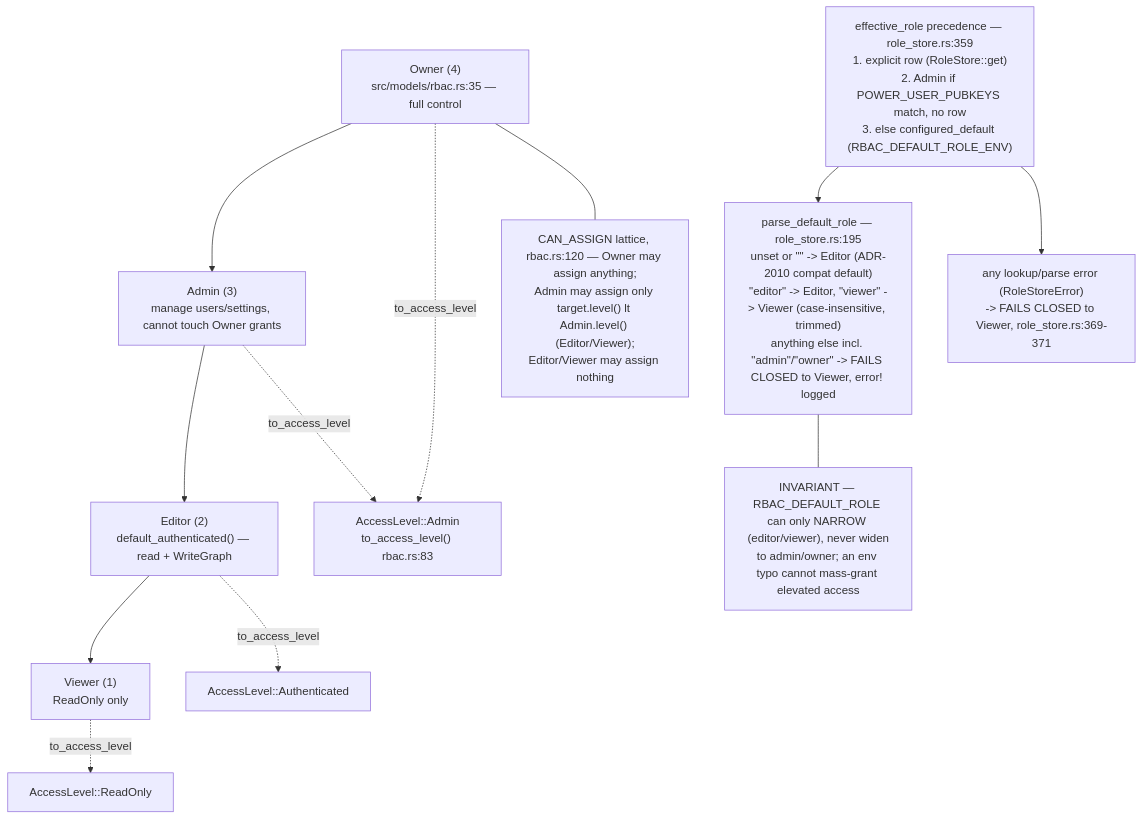
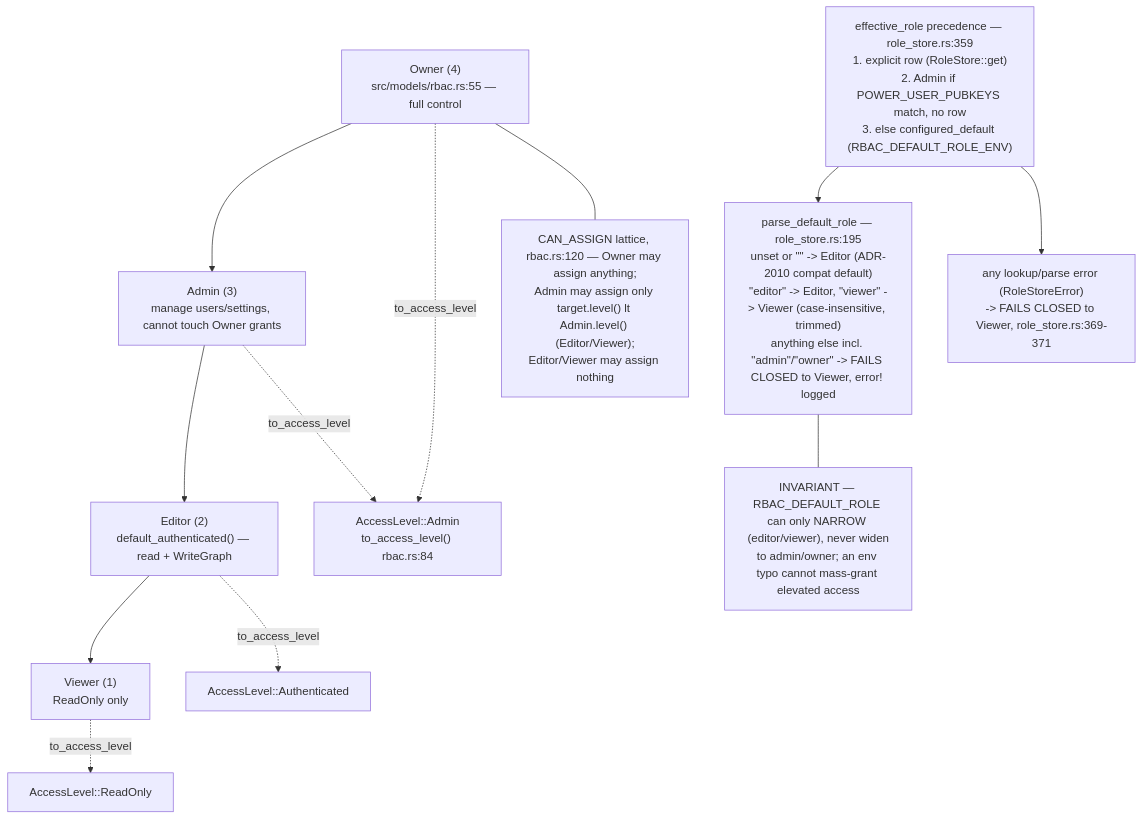
The seventh of 14 diagrams in docs/diagrams/visionclaw/03-request-lifecycle-and-rbac.md (DreamLab-AI/VisionFlow), drawn with Mermaid before and after one commit. The commit also changed other lines of this file and 20 other files, not shown here.

Commit message:
docs(diagrams): reflect the S-3, S-7c/d/f and S-4(3) fixes in the corpus

````diff
--- a/docs/diagrams/visionclaw/03-request-lifecycle-and-rbac.md
+++ b/docs/diagrams/visionclaw/03-request-lifecycle-and-rbac.md
@@ -347,24 +381,24 @@
 ```mermaid
 flowchart TB
-    OWN["Owner (4)<br/>src/models/rbac.rs:35 — full control"]
+    OWN["Owner (4)<br/>src/models/rbac.rs:55 — full control"]
     ADM["Admin (3)<br/>manage users/settings, cannot touch Owner grants"]
     EDI["Editor (2)<br/>default_authenticated() — read + WriteGraph"]
     VIE["Viewer (1)<br/>ReadOnly only"]
     OWN --> ADM --> EDI --> VIE
-    ACC1["AccessLevel::Admin<br/>to_access_level() rbac.rs:83"]
+    ACC1["AccessLevel::Admin<br/>to_access_level() rbac.rs:84"]
     ACC2["AccessLevel::Authenticated"]
     ACC3["AccessLevel::ReadOnly"]
     OWN -.->|"to_access_level"| ACC1
     ADM -.->|"to_access_level"| ACC1
     EDI -.->|"to_access_level"| ACC2
     VIE -.->|"to_access_level"| ACC3
     PREC["effective_role precedence — role_store.rs:359<br/>1. explicit row (RoleStore::get)<br/>2. Admin if POWER_USER_PUBKEYS match, no row<br/>3. else configured_default (RBAC_DEFAULT_ROLE_ENV)"]
     DEF["parse_default_role — role_store.rs:195<br/>unset or #quot;#quot; -> Editor (ADR-2010 compat default)<br/>#quot;editor#quot; -> Editor, #quot;viewer#quot; -> Viewer (case-insensitive, trimmed)<br/>anything else incl. #quot;admin#quot;/#quot;owner#quot; -> FAILS CLOSED to Viewer, error! logged"]
     ERR["any lookup/parse error (RoleStoreError)<br/>-> FAILS CLOSED to Viewer, role_store.rs:369-371"]
     PREC --> DEF
     PREC --> ERR
     N1["INVARIANT — RBAC_DEFAULT_ROLE can only NARROW (editor/viewer), never widen<br/>to admin/owner; an env typo cannot mass-grant elevated access"]
     DEF --- N1
     N2["CAN_ASSIGN lattice, rbac.rs:120 — Owner may assign anything;<br/>Admin may assign only target.level() lt Admin.level() (Editor/Viewer);<br/>Editor/Viewer may assign nothing"]
     OWN --- N2
 ```
````
